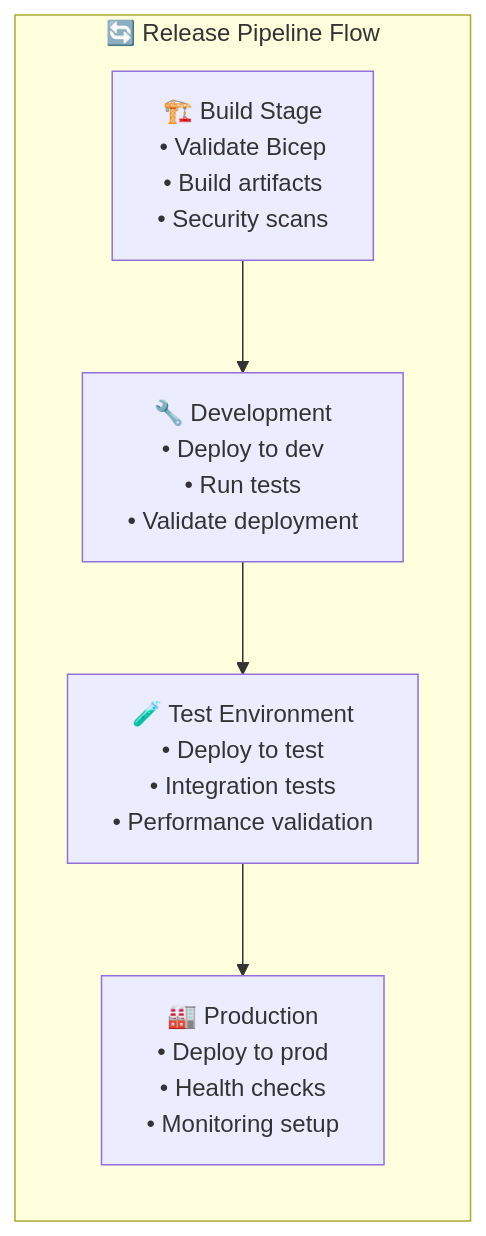
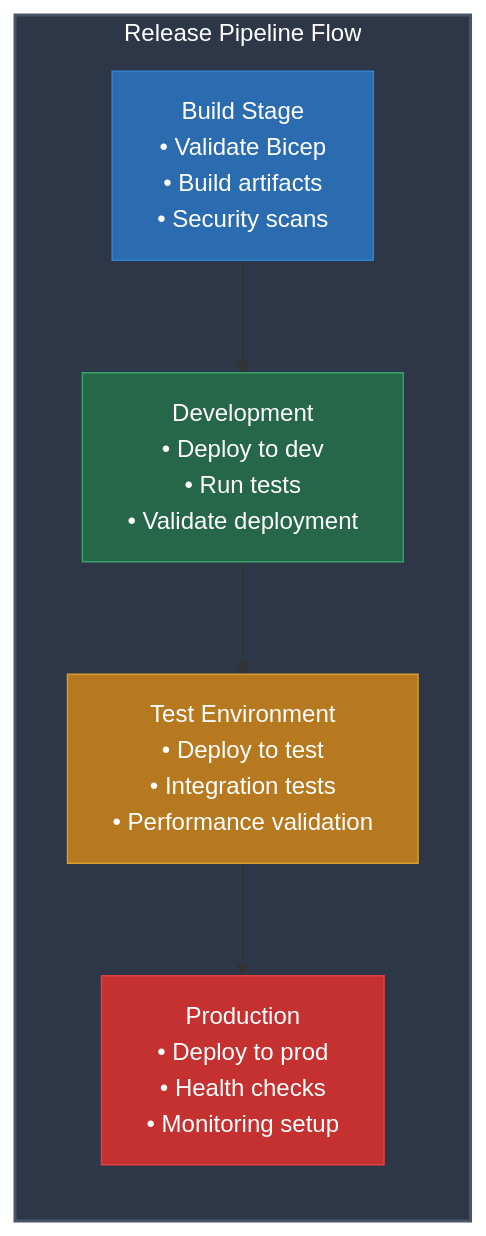
Before and after one commit to thecloudexplorers/release-engine: the fifth of 5 diagrams in docs/Release-Engine-Architecture-Design.md, drawn with Mermaid. The commit also changed other lines of this file, not shown here.

Commit message:
architecture design - tce

````diff
--- a/docs/Release-Engine-Architecture-Design.md
+++ b/docs/Release-Engine-Architecture-Design.md
@@ -408,16 +424,22 @@
 ```mermaid
 graph LR
-    subgraph Pipeline["🔄 Release Pipeline Flow"]
-        Build["🏗️ Build Stage<br/>• Validate Bicep<br/>• Build artifacts<br/>• Security scans"]
+    subgraph Pipeline["Release Pipeline Flow"]
+        Build["Build Stage<br/>• Validate Bicep<br/>• Build artifacts<br/>• Security scans"]
         
-        Dev["🔧 Development<br/>• Deploy to dev<br/>• Run tests<br/>• Validate deployment"]
+        Dev["Development<br/>• Deploy to dev<br/>• Run tests<br/>• Validate deployment"]
         
-        Test["🧪 Test Environment<br/>• Deploy to test<br/>• Integration tests<br/>• Performance validation"]
+        Test["Test Environment<br/>• Deploy to test<br/>• Integration tests<br/>• Performance validation"]
         
-        Prod["🏭 Production<br/>• Deploy to prod<br/>• Health checks<br/>• Monitoring setup"]
+        Prod["Production<br/>• Deploy to prod<br/>• Health checks<br/>• Monitoring setup"]
     end
     
     Build --> Dev
     Dev --> Test  
     Test --> Prod
+    
+    style Pipeline fill:#2d3748,stroke:#4a5568,stroke-width:2px,color:#ffffff
+    style Build fill:#2b6cb0,stroke:#3182ce,stroke-width:1px,color:#ffffff
+    style Dev fill:#276749,stroke:#38a169,stroke-width:1px,color:#ffffff
+    style Test fill:#b7791f,stroke:#d69e2e,stroke-width:1px,color:#ffffff
+    style Prod fill:#c53030,stroke:#e53e3e,stroke-width:1px,color:#ffffff
 ```
````
